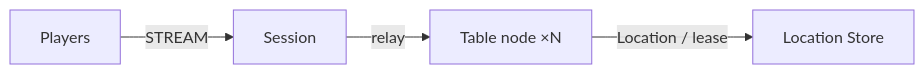
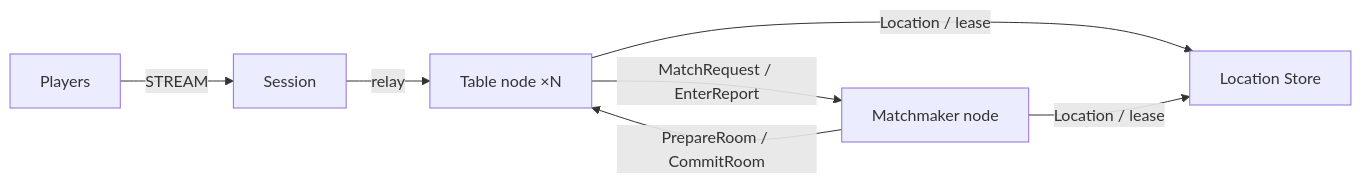
Before and after one commit to zlink-systems/zlink: the diagram in framework/languages/cpp/templates/board-tables/my-game/README.md, drawn with Mermaid. The commit also changed other lines of this file and 35 other files, not shown here.

````diff
--- a/framework/languages/cpp/templates/board-tables/my-game/README.md
+++ b/framework/languages/cpp/templates/board-tables/my-game/README.md
@@ -5,6 +7,9 @@
 ```mermaid
 flowchart LR
   Players -->|STREAM| Session
   Session -->|relay| Tables["Table node ×N"]
+  Tables -->|"MatchRequest / EnterReport"| Matchmaker["Matchmaker node"]
+  Matchmaker -->|"PrepareRoom / CommitRoom"| Tables
   Tables -->|"Location / lease"| Location["Location Store"]
+  Matchmaker -->|"Location / lease"| Location
 ```
````
